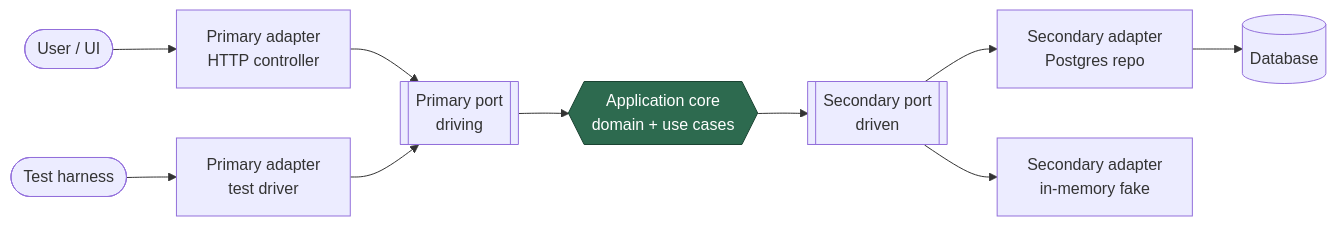
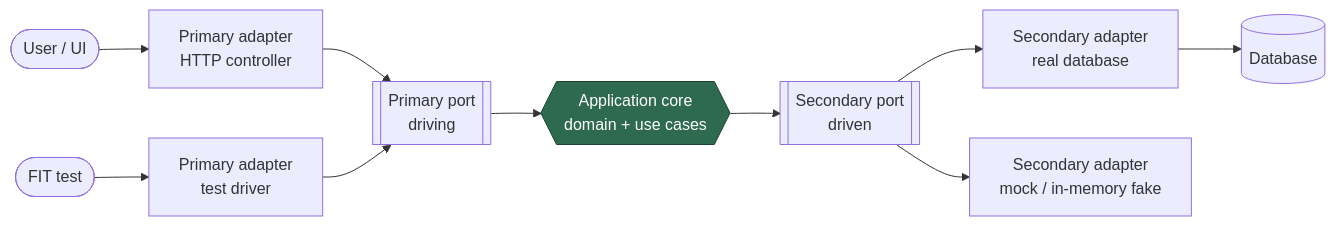
The diagram in wiki/hexagonal-architecture-ports-and-adapters.md (tacoda/hal), drawn with Mermaid before and after one commit. The commit also changed other lines of this file and 34 other files, not shown here.

````diff
--- a/wiki/hexagonal-architecture-ports-and-adapters.md
+++ b/wiki/hexagonal-architecture-ports-and-adapters.md
@@ -77,15 +71,15 @@
 ```mermaid
 flowchart LR
     User([User / UI]) --> PA1[Primary adapter<br/>HTTP controller]
-    Test([Test harness]) --> PA2[Primary adapter<br/>test driver]
+    Test([FIT test]) --> PA2[Primary adapter<br/>test driver]
     PA1 --> PP[[Primary port<br/>driving]]
     PA2 --> PP
     PP --> CORE{{Application core<br/>domain + use cases}}
     CORE --> SP[[Secondary port<br/>driven]]
-    SP --> SA1[Secondary adapter<br/>Postgres repo]
-    SP --> SA2[Secondary adapter<br/>in-memory fake]
+    SP --> SA1[Secondary adapter<br/>real database]
+    SP --> SA2[Secondary adapter<br/>mock / in-memory fake]
     SA1 --> DB[(Database)]
 
     classDef core fill:#2d6a4f,stroke:#1b4332,color:#fff;
     class CORE core;
 ```
````
